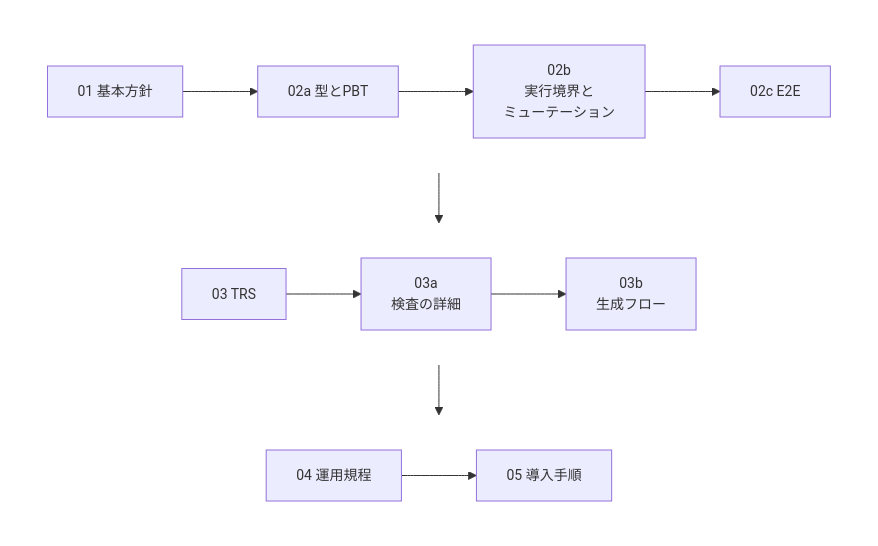
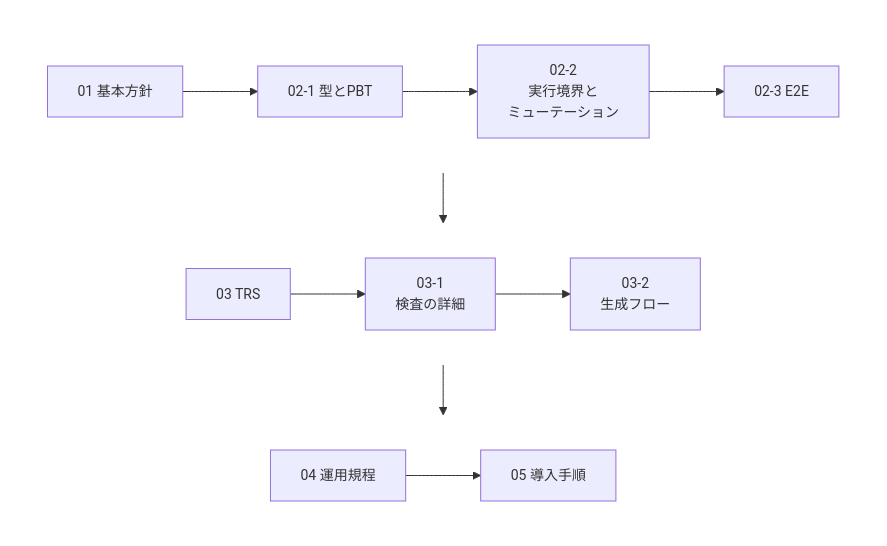
Before and after one commit to toshio-shiratori/harness-test-strategy: the third of 3 diagrams in README.md, drawn with Mermaid. The commit also changed other lines of this file and 74 other files, not shown here.

````diff
--- a/README.md
+++ b/README.md
@@ -75,20 +75,20 @@
 ```mermaid
 flowchart TB
   subgraph R1[" "]
     direction LR
-    A["01 基本方針"] --> B["02a 型とPBT"] --> C["02b<br/>実行境界と<br/>ミューテーション"] --> D["02c E2E"]
+    A["01 基本方針"] --> B["02-1 型とPBT"] --> C["02-2<br/>実行境界と<br/>ミューテーション"] --> D["02-3 E2E"]
   end
   subgraph R2[" "]
     direction LR
-    E["03 TRS"] --> E2["03a<br/>検査の詳細"] --> E3["03b<br/>生成フロー"]
+    E["03 TRS"] --> E2["03-1<br/>検査の詳細"] --> E3["03-2<br/>生成フロー"]
   end
   subgraph R3[" "]
     direction LR
     F["04 運用規程"] --> G["05 導入手順"]
   end
   R1 --> R2 --> R3
   style R1 fill:none,stroke:none
   style R2 fill:none,stroke:none
   style R3 fill:none,stroke:none
   classDef default font-size:14px
 ```
````
